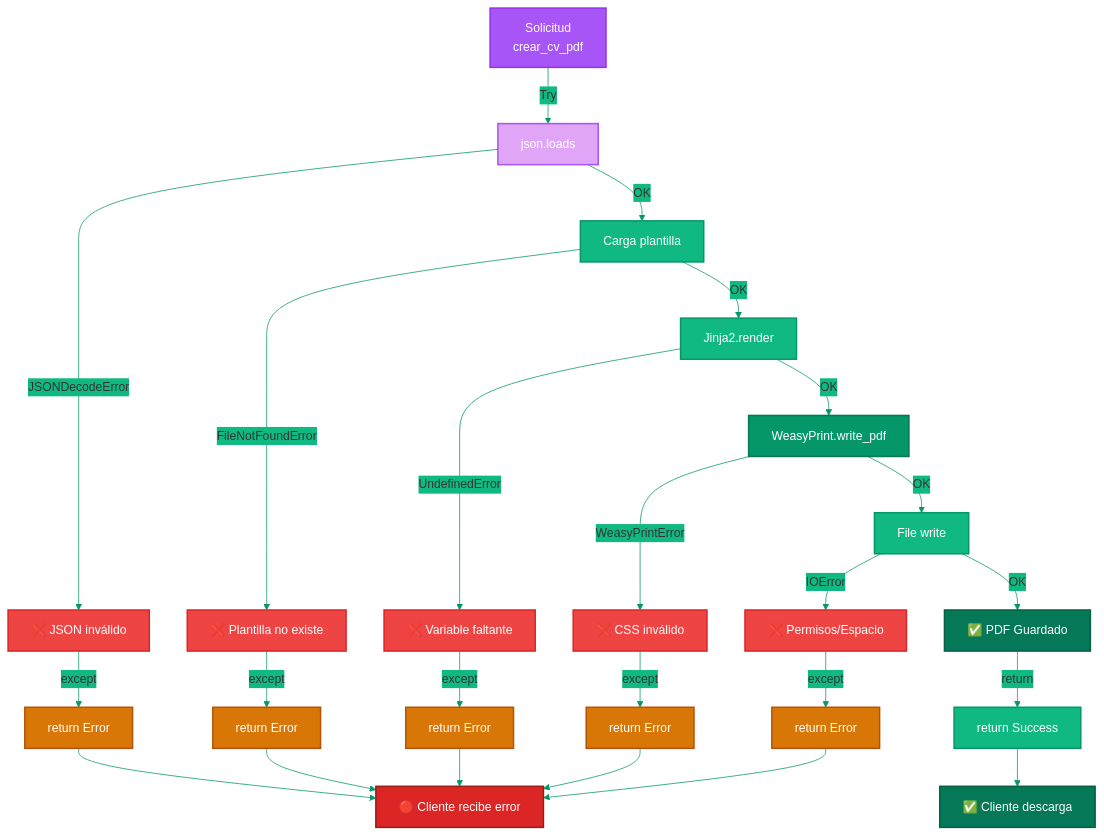
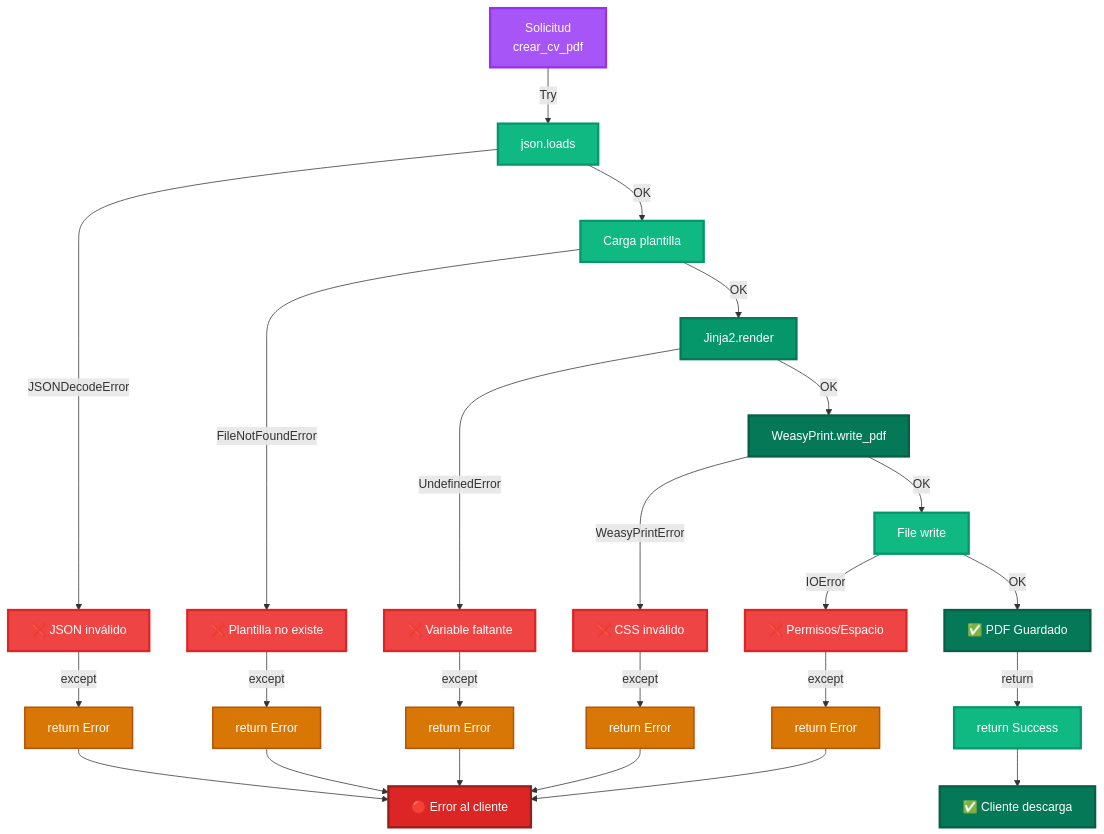
One commit to cjhirashi/cjhirashi-career changed the fourth of 4 diagrams in docs/DATA_FLOW.md. Above: the diagram before and after it, drawn with Mermaid. The commit also changed other lines of this file and 2 other files, not shown here.

First line of the commit message:
fix: Rebuild Mermaid diagrams with solid color gradients for better visibility

````diff
--- a/docs/DATA_FLOW.md
+++ b/docs/DATA_FLOW.md
@@ -232,59 +214,58 @@
 ```mermaid
-%%{init: {
-  'theme': 'base',
-  'themeVariables': {
-    'primaryColor': '#A855F7',
-    'secondaryColor': '#10B981',
-    'tertiaryColor': '#06B6D4',
-    'lineColor': '#059669'
-  }
-}}%%
-
 graph TD
   START["Solicitud<br/>crear_cv_pdf"] -->|"Try"| JSON_PARSE["json.loads"]
   JSON_PARSE -->|"JSONDecodeError"| ERR1["❌ JSON inválido"]
   JSON_PARSE -->|"OK"| LOAD["Carga plantilla"]
   LOAD -->|"FileNotFoundError"| ERR2["❌ Plantilla no existe"]
   LOAD -->|"OK"| RENDER["Jinja2.render"]
   RENDER -->|"UndefinedError"| ERR3["❌ Variable faltante"]
   RENDER -->|"OK"| WEASY["WeasyPrint.write_pdf"]
   WEASY -->|"WeasyPrintError"| ERR4["❌ CSS inválido"]
   WEASY -->|"OK"| WRITE["File write"]
   WRITE -->|"IOError"| ERR5["❌ Permisos/Espacio"]
   WRITE -->|"OK"| SUCCESS["✅ PDF Guardado"]
 
   ERR1 -->|"except"| RETURN1["return Error"]
   ERR2 -->|"except"| RETURN2["return Error"]
   ERR3 -->|"except"| RETURN3["return Error"]
   ERR4 -->|"except"| RETURN4["return Error"]
   ERR5 -->|"except"| RETURN5["return Error"]
   SUCCESS -->|"return"| SUCCESS_MSG["return Success"]
 
-  RETURN1 --> CLI["🔴 Cliente recibe error"]
+  RETURN1 --> CLI["🔴 Error al cliente"]
   RETURN2 --> CLI
   RETURN3 --> CLI
   RETURN4 --> CLI
   RETURN5 --> CLI
   SUCCESS_MSG --> LOG["✅ Cliente descarga"]
 
-  style START fill:#A855F7,stroke:#9333EA,stroke-width:2px,color:#fff
-  style JSON_PARSE fill:#E0A5F7,stroke:#A855F7,stroke-width:2px,color:#fff
-  style LOAD fill:#10B981,stroke:#059669,stroke-width:2px,color:#fff
-  style RENDER fill:#0FB981,stroke:#059669,stroke-width:2px,color:#fff
-  style WEASY fill:#059669,stroke:#047857,stroke-width:2px,color:#fff
-  style WRITE fill:#10B981,stroke:#059669,stroke-width:2px,color:#fff
-  style SUCCESS fill:#047857,stroke:#065F46,stroke-width:2px,color:#fff
-  style ERR1 fill:#EF4444,stroke:#DC2626,stroke-width:2px,color:#fff
-  style ERR2 fill:#EF4444,stroke:#DC2626,stroke-width:2px,color:#fff
-  style ERR3 fill:#EF4444,stroke:#DC2626,stroke-width:2px,color:#fff
-  style ERR4 fill:#EF4444,stroke:#DC2626,stroke-width:2px,color:#fff
-  style ERR5 fill:#EF4444,stroke:#DC2626,stroke-width:2px,color:#fff
+  %% Entrada - Morado
+  style START fill:#A855F7,stroke:#9333EA,stroke-width:3px,color:#fff
+  
+  %% Procesamiento - Verde
+  style JSON_PARSE fill:#10B981,stroke:#059669,stroke-width:3px,color:#fff
+  style LOAD fill:#0FB981,stroke:#059669,stroke-width:3px,color:#fff
+  style RENDER fill:#059669,stroke:#047857,stroke-width:3px,color:#fff
+  style WEASY fill:#047857,stroke:#065F46,stroke-width:3px,color:#fff
+  style WRITE fill:#10B981,stroke:#059669,stroke-width:3px,color:#fff
+  style SUCCESS fill:#047857,stroke:#065F46,stroke-width:3px,color:#fff
+  
+  %% Errores - Rojo
+  style ERR1 fill:#EF4444,stroke:#DC2626,stroke-width:3px,color:#fff
+  style ERR2 fill:#EF4444,stroke:#DC2626,stroke-width:3px,color:#fff
+  style ERR3 fill:#EF4444,stroke:#DC2626,stroke-width:3px,color:#fff
+  style ERR4 fill:#EF4444,stroke:#DC2626,stroke-width:3px,color:#fff
+  style ERR5 fill:#EF4444,stroke:#DC2626,stroke-width:3px,color:#fff
+  
+  %% Recuperación - Naranja
   style RETURN1 fill:#D97706,stroke:#B45309,stroke-width:2px,color:#fff
   style RETURN2 fill:#D97706,stroke:#B45309,stroke-width:2px,color:#fff
   style RETURN3 fill:#D97706,stroke:#B45309,stroke-width:2px,color:#fff
   style RETURN4 fill:#D97706,stroke:#B45309,stroke-width:2px,color:#fff
   style RETURN5 fill:#D97706,stroke:#B45309,stroke-width:2px,color:#fff
-  style CLI fill:#DC2626,stroke:#991B1B,stroke-width:2px,color:#fff
-  style SUCCESS_MSG fill:#10B981,stroke:#059669,stroke-width:2px,color:#fff
-  style LOG fill:#047857,stroke:#065F46,stroke-width:2px,color:#fff
+  
+  %% Resultados
+  style CLI fill:#DC2626,stroke:#991B1B,stroke-width:3px,color:#fff
+  style SUCCESS_MSG fill:#10B981,stroke:#059669,stroke-width:3px,color:#fff
+  style LOG fill:#047857,stroke:#065F46,stroke-width:3px,color:#fff
 ```
````
